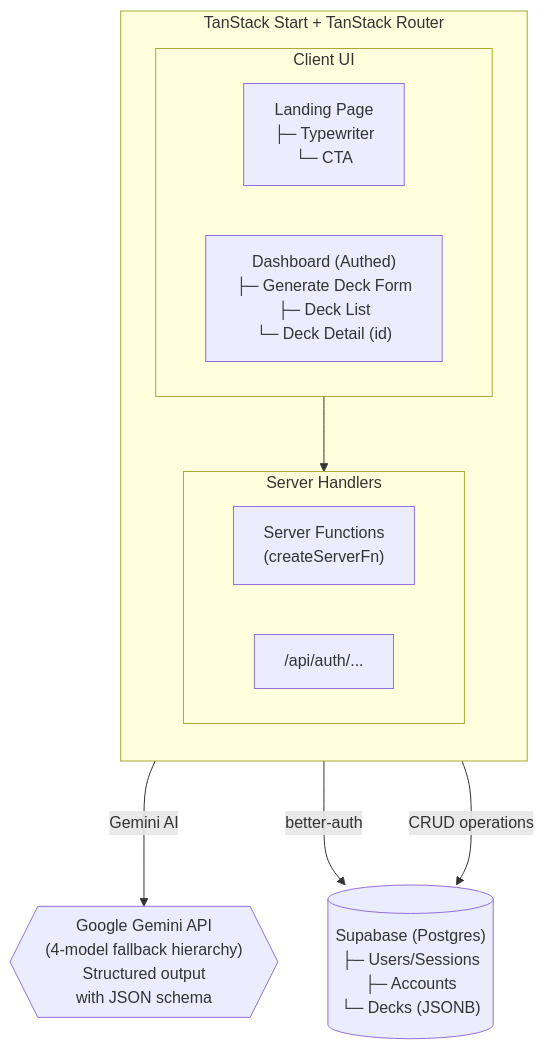
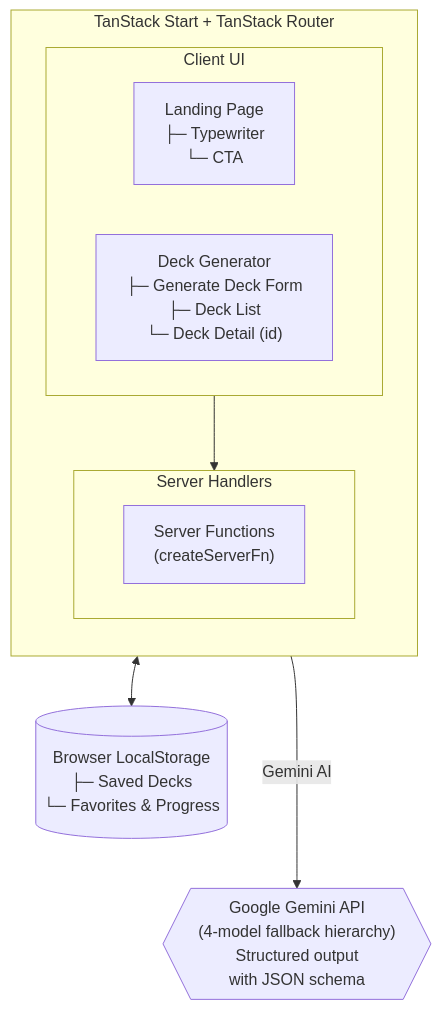
Before and after one commit to zek01svg/vibecards: the diagram in README.md, drawn with Mermaid. The commit also changed other lines of this file and 5 other files, not shown here.

````diff
--- a/README.md
+++ b/README.md
@@ -13,27 +13,25 @@
 ```mermaid
 flowchart TD
     subgraph TanStack["TanStack Start + TanStack Router"]
         direction TB
 
         subgraph Pages["Client UI"]
             direction LR
             Landing["Landing Page<br/>├─ Typewriter<br/>└─ CTA"]
-            Dashboard["Dashboard (Authed)<br/>├─ Generate Deck Form<br/>├─ Deck List<br/>└─ Deck Detail (id)"]
+            Dashboard["Deck Generator<br/>├─ Generate Deck Form<br/>├─ Deck List<br/>└─ Deck Detail (id)"]
         end
 
         subgraph Server["Server Handlers"]
             direction LR
             ServerFns["Server Functions<br/>(createServerFn)"]
-            AuthAPI["/api/auth/..."]
         end
 
     Pages --> Server
     end
 
-    Supabase[("Supabase (Postgres)<br/>├─ Users/Sessions<br/>├─ Accounts<br/>└─ Decks (JSONB)")]
+    LocalStorage[("Browser LocalStorage<br/>├─ Saved Decks<br/>└─ Favorites & Progress")]
     Gemini{{"Google Gemini API<br/>(4-model fallback hierarchy)<br/>Structured output<br/>with JSON schema"}}
 
+    Pages <--> LocalStorage
     ServerFns -- "Gemini AI" ---> Gemini
-    AuthAPI -- "better-auth" ---> Supabase
-    ServerFns -- "CRUD operations" ---> Supabase
 ```
````
